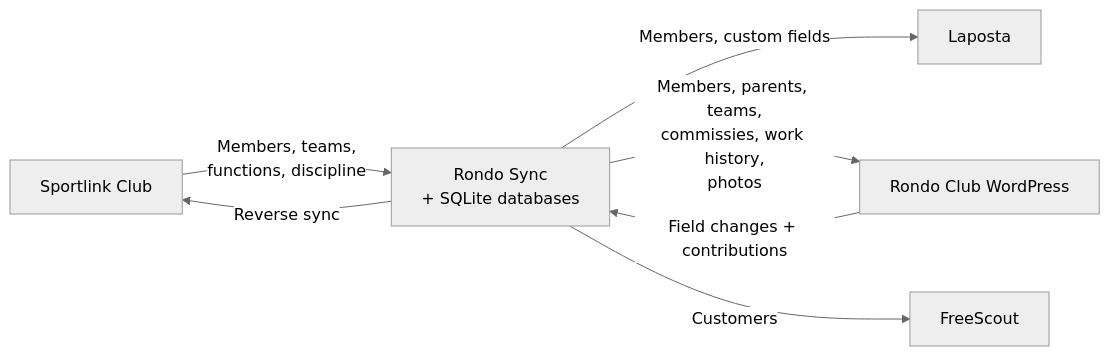
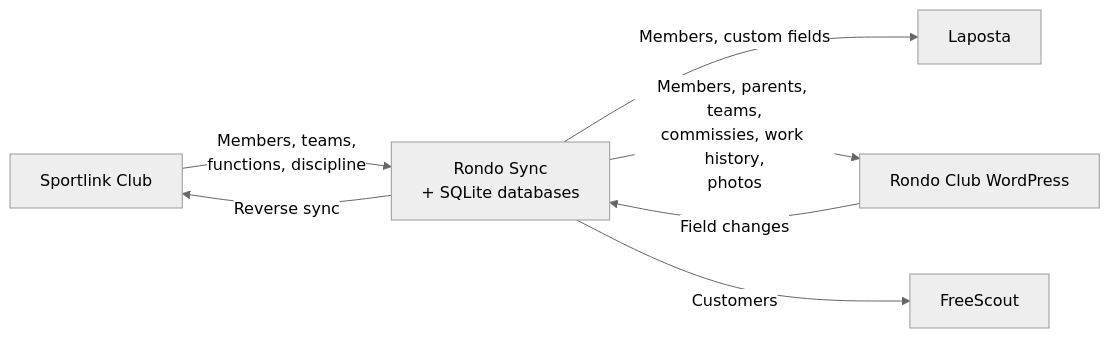
One commit to RondoHQ/rondo-sync changed the diagram in README.md. Above: the diagram before and after it, drawn with Mermaid (neutral theme). The commit also changed other lines of this file and 8 other files, not shown here.

````diff
--- a/README.md
+++ b/README.md
@@ -11,15 +11,15 @@
 ```mermaid
 graph LR
     SL[Sportlink Club]
     SYNC[Rondo Sync<br>+ SQLite databases]
     ST[Rondo Club WordPress]
     LP[Laposta]
     FS[FreeScout]
 
     SL -->|Members, teams,<br>functions, discipline| SYNC
     SYNC -->|Members, custom fields| LP
     SYNC -->|Members, parents, teams,<br>commissies, work history,<br>photos| ST
     SYNC -->|Customers| FS
-    ST -->|Field changes + contributions| SYNC
+    ST -->|Field changes| SYNC
     SYNC -->|Reverse sync| SL
 ```
````
